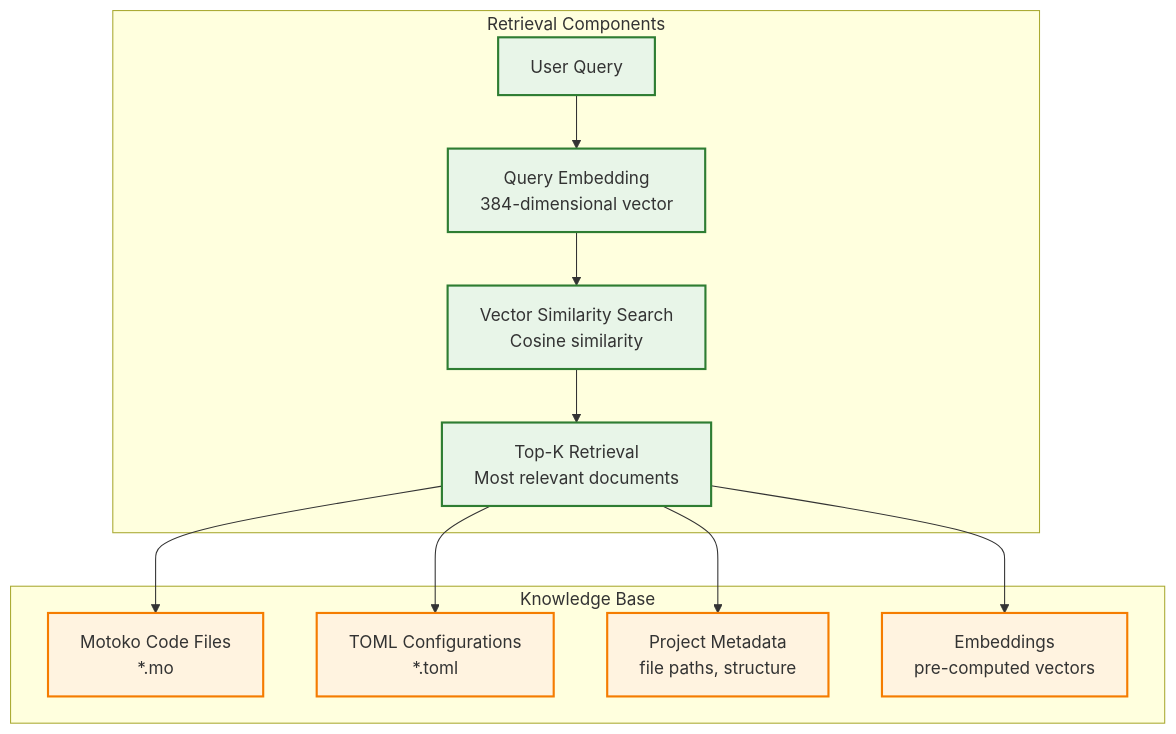
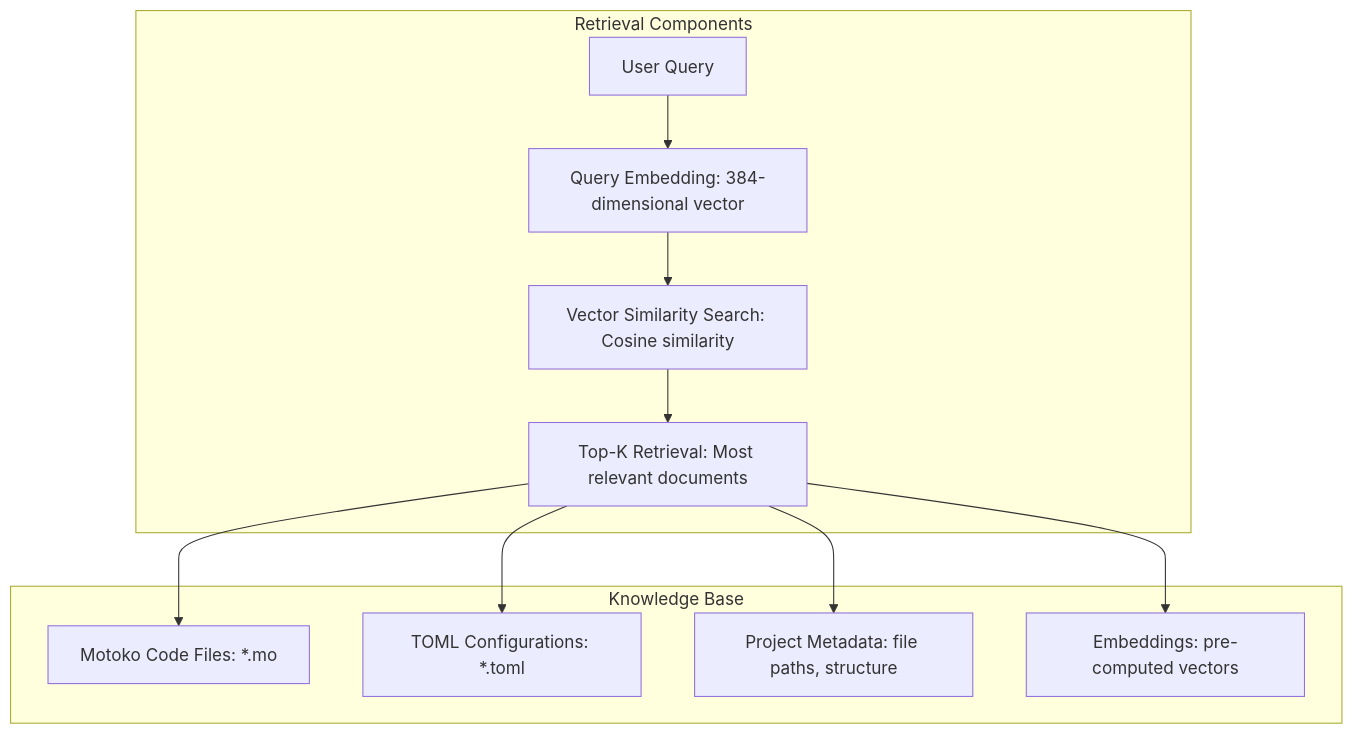
The third of 4 diagrams in RAG_APPROACH_DIAGRAM.md (Quantum3-Labs/icp-coder), drawn with Mermaid before and after one commit. The commit also changed other lines of this file and 5 other files, not shown here.

Commit message:
Refactor RAG approach diagrams for clarity and GitHub compatibility; update API authentication to require API key for context retrieval; enhance motoko_samples_ingester.py to specifically handle mops.toml files.

````diff
--- a/RAG_APPROACH_DIAGRAM.md
+++ b/RAG_APPROACH_DIAGRAM.md
@@ -91,30 +38,23 @@
 ```mermaid
 graph TB
     subgraph "Retrieval Components"
-        A1[User Query]
-        A2[Query Embedding<br/>384-dimensional vector]
-        A3[Vector Similarity Search<br/>Cosine similarity]
-        A4[Top-K Retrieval<br/>Most relevant documents]
+        A1["User Query"]
+        A2["Query Embedding: 384-dimensional vector"]
+        A3["Vector Similarity Search: Cosine similarity"]
+        A4["Top-K Retrieval: Most relevant documents"]
     end
-    
     subgraph "Knowledge Base"
-        B1[Motoko Code Files<br/>*.mo]
-        B2[TOML Configurations<br/>*.toml]
-        B3[Project Metadata<br/>file paths, structure]
-        B4[Embeddings<br/>pre-computed vectors]
+        B1["Motoko Code Files: *.mo"]
+        B2["TOML Configurations: *.toml"]
+        B3["Project Metadata: file paths, structure"]
+        B4["Embeddings: pre-computed vectors"]
     end
-    
     A1 --> A2
     A2 --> A3
     A3 --> A4
     A4 --> B1
     A4 --> B2
     A4 --> B3
     A4 --> B4
-    
-    classDef retrieval fill:#e8f5e8,stroke:#2e7d32,stroke-width:2px
-    classDef knowledge fill:#fff3e0,stroke:#f57c00,stroke-width:2px
-    
-    class A1,A2,A3,A4 retrieval
-    class B1,B2,B3,B4 knowledge
+    %% Styling removed for GitHub compatibility
 ```
````
